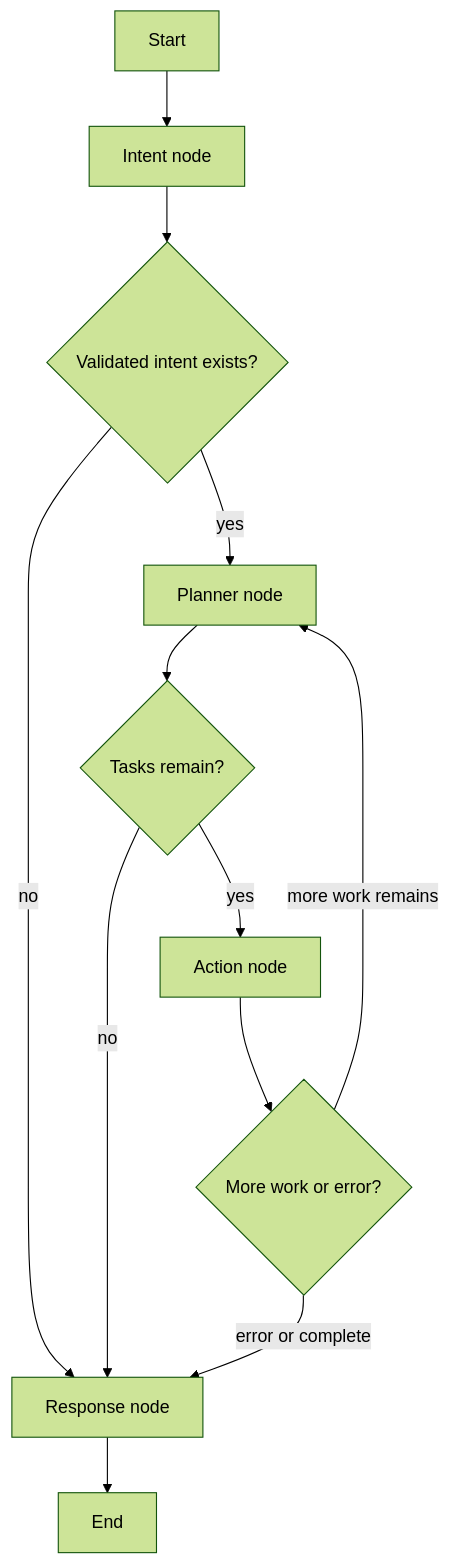
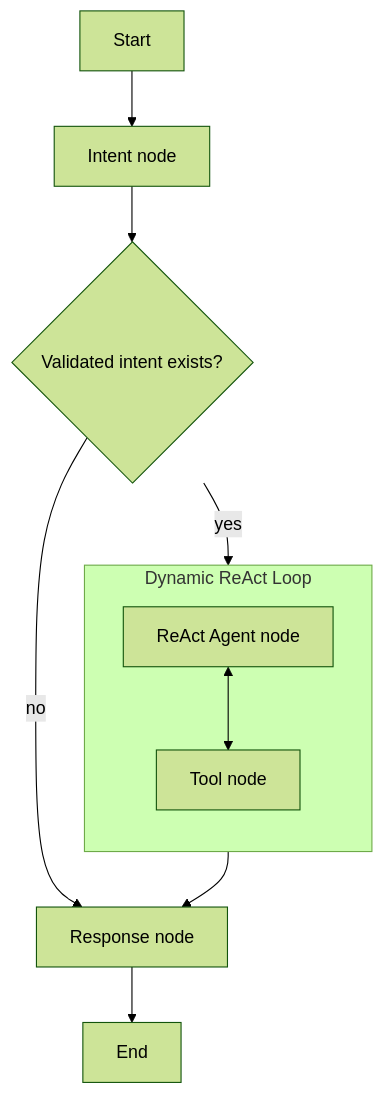
One commit to relativity-codes/personal-ai-agent changed the diagram in project-docs/final-implementation/agent-graph-flow.md. Above: the diagram before and after it, drawn with Mermaid (forest theme). The commit also changed other lines of this file and 29 other files, not shown here.

````diff
--- a/project-docs/final-implementation/agent-graph-flow.md
+++ b/project-docs/final-implementation/agent-graph-flow.md
@@ -5,14 +5,15 @@
 ```mermaid
 flowchart TD
-startNode["Start"] --> intentNode["Intent node"]
-intentNode --> intentRoute{"Validated intent exists?"}
-intentRoute -->|yes| plannerNode["Planner node"]
-intentRoute -->|no| responseNode["Response node"]
-plannerNode --> plannerRoute{"Tasks remain?"}
-plannerRoute -->|yes| actionNode["Action node"]
-plannerRoute -->|no| responseNode
-actionNode --> actionRoute{"More work or error?"}
-actionRoute -->|error or complete| responseNode
-actionRoute -->|more work remains| plannerNode
-responseNode --> endNode["End"]
+    startNode["Start"] --> intentNode["Intent node"]
+    intentNode --> intentRoute{"Validated intent exists?"}
+    intentRoute -->|yes| reactNode["ReAct Agent node"]
+    intentRoute -->|no| responseNode["Response node"]
+    
+    subgraph ReActLoop ["Dynamic ReAct Loop"]
+        direction TB
+        reactNode <--> toolNode["Tool node"]
+    end
+    
+    reactNode --> responseNode
+    responseNode --> endNode["End"]
 ```
````
